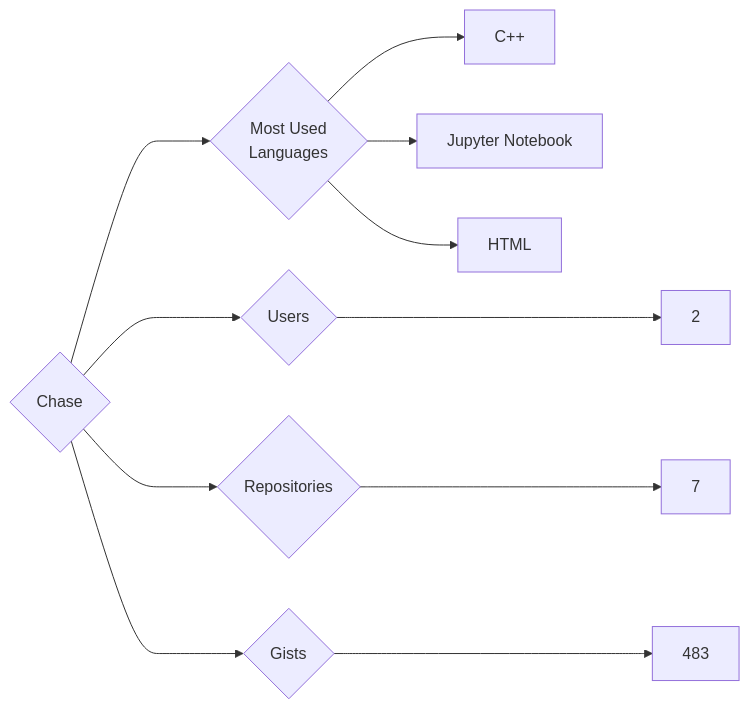
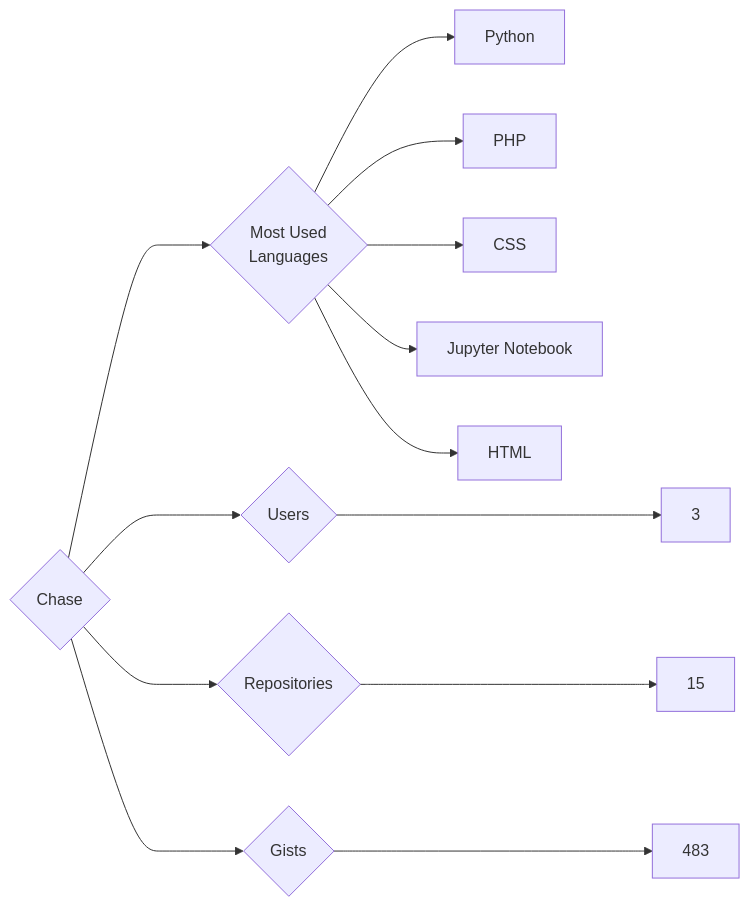
Before and after one commit to trickest/insiders: the diagram in targets/Chase/README.md, drawn with Mermaid. The commit also changed 838 other files, not shown here.

````diff
--- a/targets/Chase/README.md
+++ b/targets/Chase/README.md
@@ -3,11 +3,13 @@
 ```mermaid
 graph LR
 COMPANY_NAME{Chase}
-COMPANY_NAME ---> U{Users} ---> UN[2]
-COMPANY_NAME ---> R{Repositories} ---> RN[7]
+COMPANY_NAME ---> U{Users} ---> UN[3]
+COMPANY_NAME ---> R{Repositories} ---> RN[15]
 COMPANY_NAME ---> G{Gists} ---> GN[483]
 COMPANY_NAME ---> ML{Most Used<br>Languages}
-ML --> C++[C++]
+ML --> Python[Python]
+ML --> PHP[PHP]
+ML --> CSS[CSS]
 ML --> Jupyter_Notebook[Jupyter Notebook]
 ML --> HTML[HTML]
 ```
````
